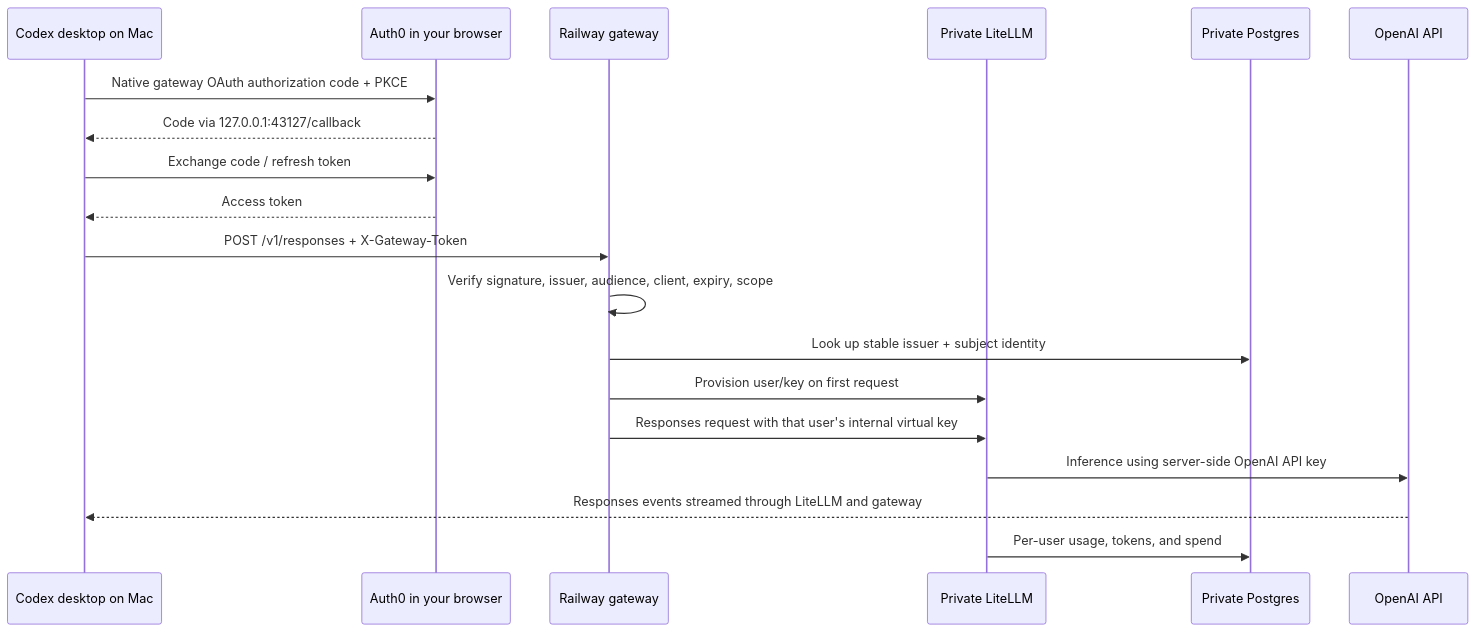
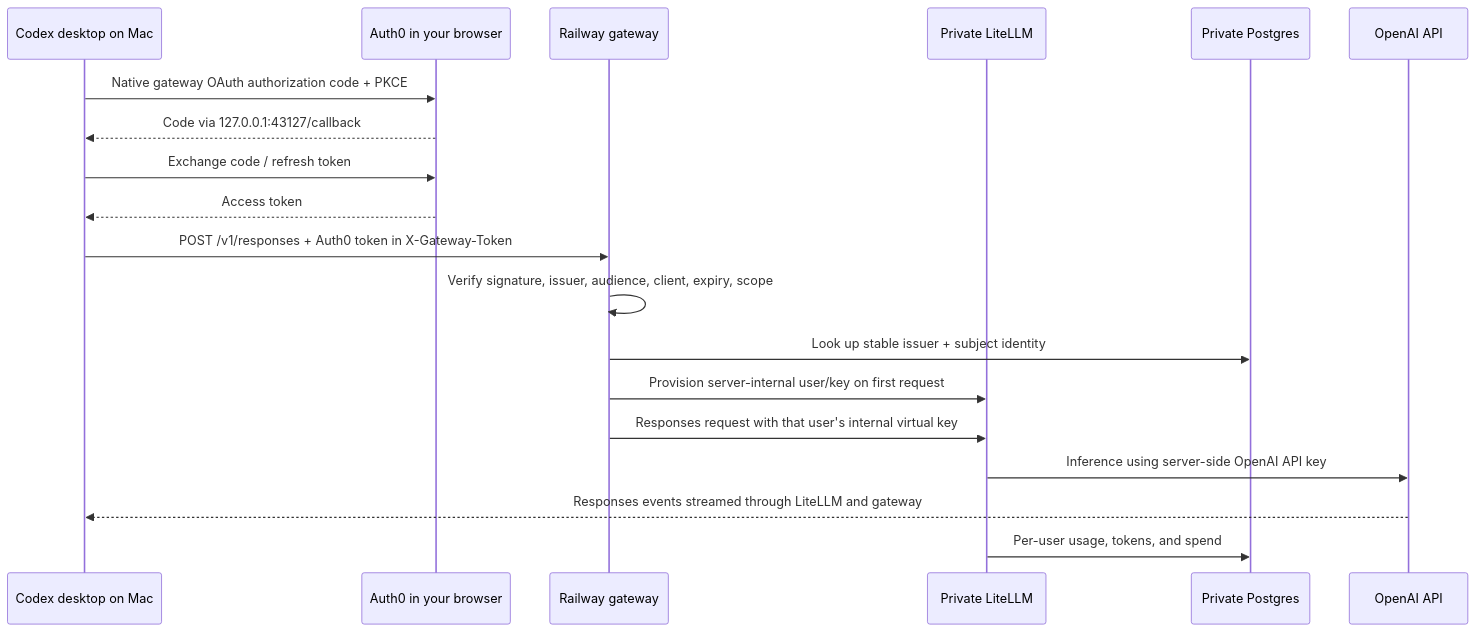
The diagram in railway-litellm-auth0/README.md (tzehon/research), drawn with Mermaid before and after one commit. The commit also changed other lines of this file, not shown here.

Commit message:
Clarify Codex SSO and server-side credentials

````diff
--- a/railway-litellm-auth0/README.md
+++ b/railway-litellm-auth0/README.md
@@ -20,21 +31,21 @@
 ```mermaid
 sequenceDiagram
     participant C as Codex desktop on Mac
     participant A as Auth0 in your browser
     participant G as Railway gateway
     participant L as Private LiteLLM
     participant D as Private Postgres
     participant O as OpenAI API
     C->>A: Native gateway OAuth authorization code + PKCE
     A-->>C: Code via 127.0.0.1:43127/callback
     C->>A: Exchange code / refresh token
     A-->>C: Access token
-    C->>G: POST /v1/responses + X-Gateway-Token
+    C->>G: POST /v1/responses + Auth0 token in X-Gateway-Token
     G->>G: Verify signature, issuer, audience, client, expiry, scope
     G->>D: Look up stable issuer + subject identity
-    G->>L: Provision user/key on first request
+    G->>L: Provision server-internal user/key on first request
     G->>L: Responses request with that user's internal virtual key
     L->>O: Inference using server-side OpenAI API key
     O-->>C: Responses events streamed through LiteLLM and gateway
     L->>D: Per-user usage, tokens, and spend
 ```
````
